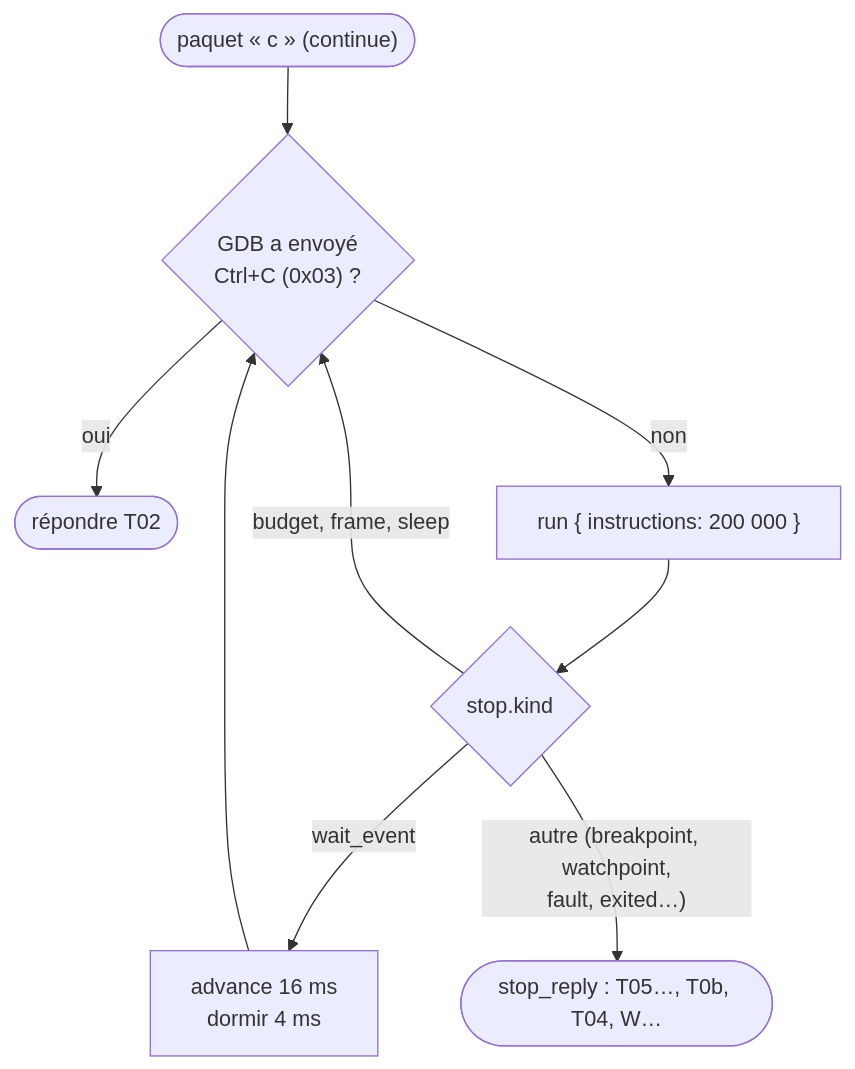
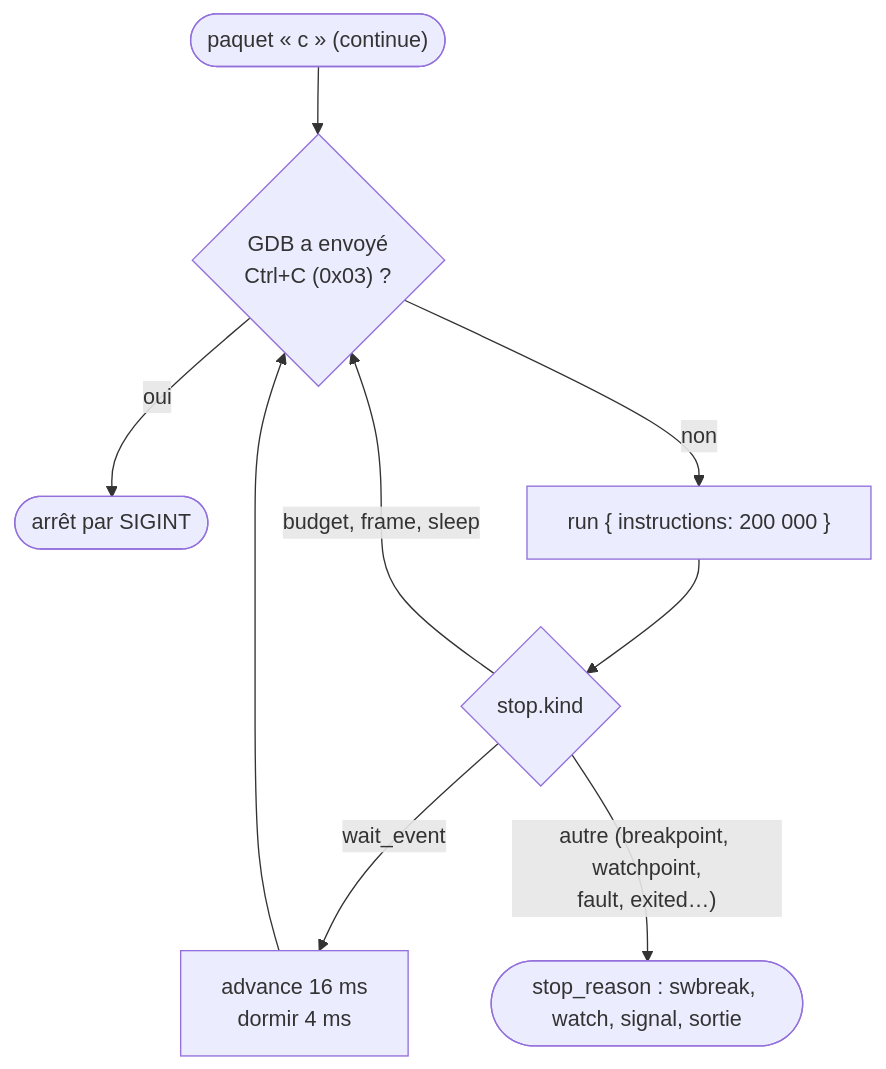
Before and after one commit to Oignontom8283/nwasabi: the first of 2 diagrams in docs/fonctionnement/debogage/gdb.md, drawn with Mermaid. The commit also changed other lines of this file and 9 other files, not shown here.

````diff
--- a/docs/fonctionnement/debogage/gdb.md
+++ b/docs/fonctionnement/debogage/gdb.md
@@ -61,10 +61,10 @@
 ```mermaid
 flowchart TD
   A(["paquet « c » (continue)"]) --> B{"GDB a envoyé<br/>Ctrl+C (0x03) ?"}
-  B -- oui --> T02(["répondre T02"])
+  B -- oui --> T02(["arrêt par SIGINT"])
   B -- non --> C["run { instructions: 200 000 }"]
   C --> D{"stop.kind"}
   D -- "budget, frame, sleep" --> B
   D -- wait_event --> E["advance 16 ms<br/>dormir 4 ms"] --> B
-  D -- "autre (breakpoint, watchpoint,<br/>fault, exited…)" --> F(["stop_reply : T05…, T0b, T04, W…"])
+  D -- "autre (breakpoint, watchpoint,<br/>fault, exited…)" --> F(["stop_reason : swbreak, watch, signal, sortie"])
 ```
````
